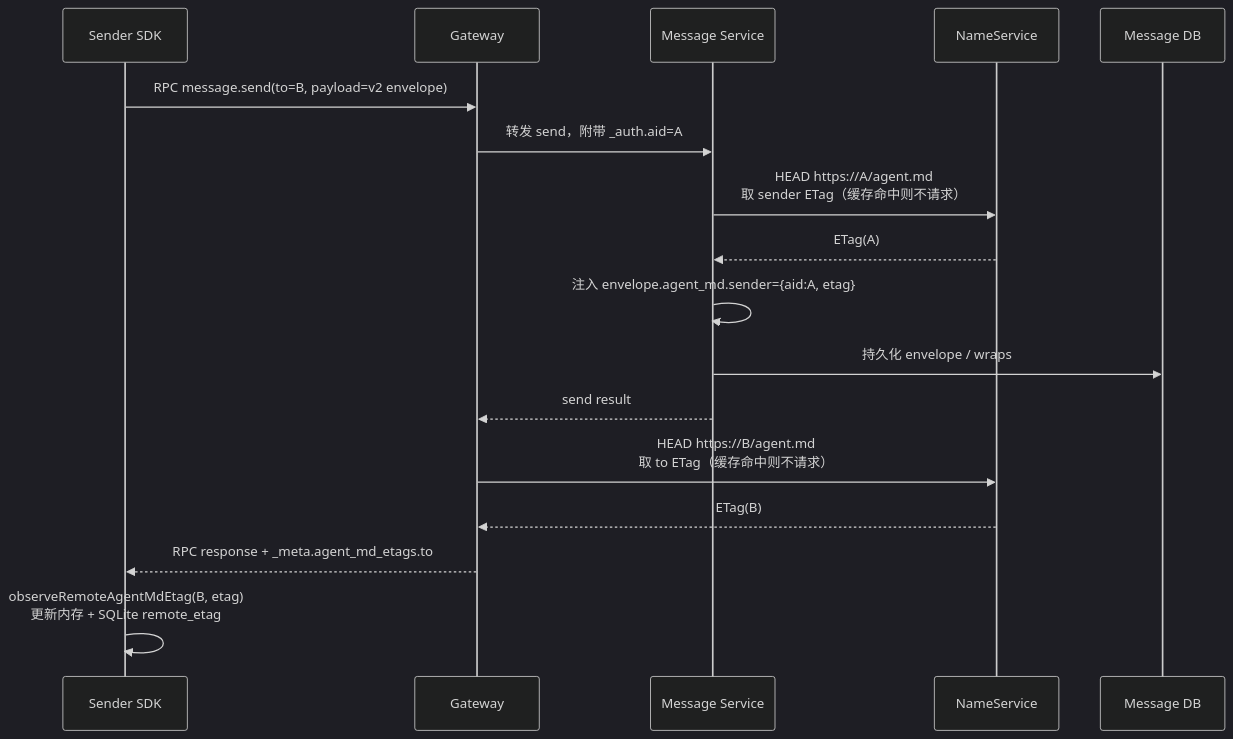
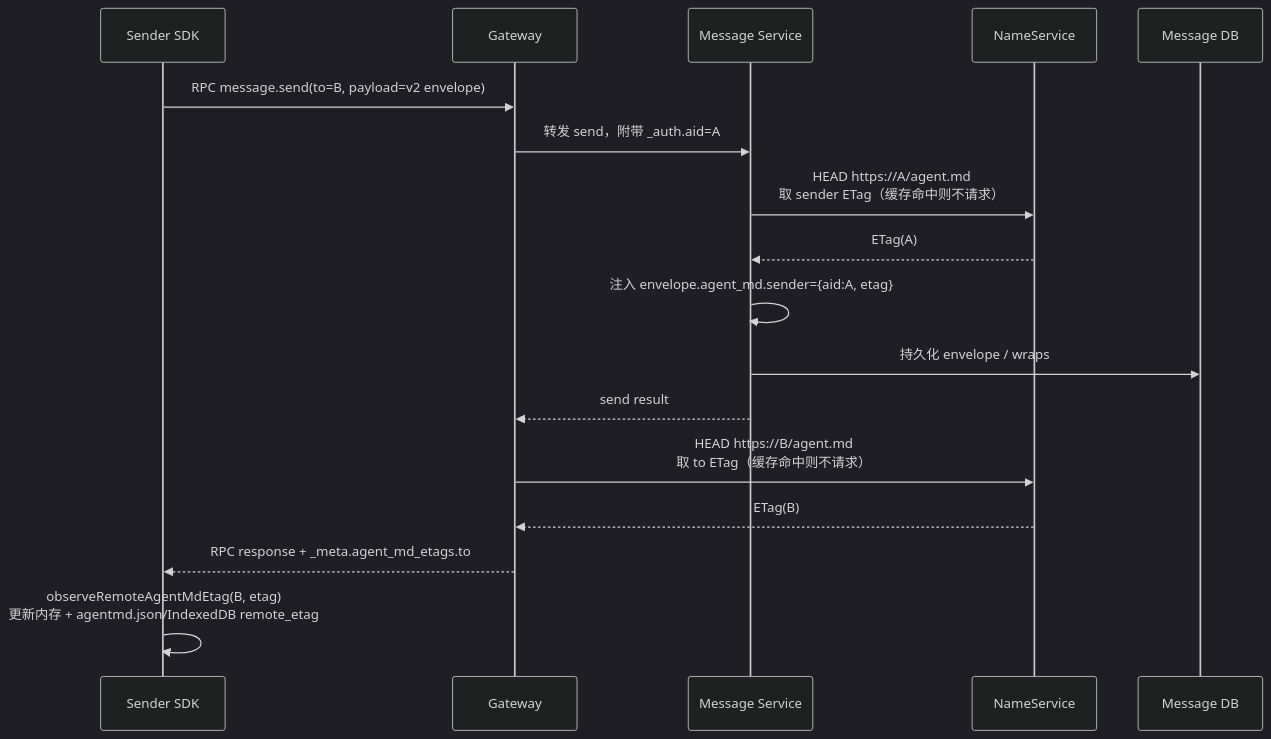
Before and after one commit to ModelUnion/aun-sdk-core: the first of 4 diagrams in docs/agent.md/远程agent.md缓存与etag透传方案.md, drawn with Mermaid (dark theme). The commit also changed other lines of this file and 158 other files, not shown here.

````diff
--- a/docs/agent.md/远程agent.md缓存与etag透传方案.md
+++ b/docs/agent.md/远程agent.md缓存与etag透传方案.md
@@ -92,20 +95,20 @@
 ```mermaid
 sequenceDiagram
     participant A as Sender SDK
     participant GW as Gateway
     participant MSG as Message Service
     participant NS as NameService
     participant DB as Message DB
 
     A->>GW: RPC message.send(to=B, payload=v2 envelope)
     GW->>MSG: 转发 send，附带 _auth.aid=A
     MSG->>NS: HEAD https://A/agent.md<br/>取 sender ETag（缓存命中则不请求）
     NS-->>MSG: ETag(A)
     MSG->>MSG: 注入 envelope.agent_md.sender={aid:A, etag}
     MSG->>DB: 持久化 envelope / wraps
     MSG-->>GW: send result
     GW->>NS: HEAD https://B/agent.md<br/>取 to ETag（缓存命中则不请求）
     NS-->>GW: ETag(B)
     GW-->>A: RPC response + _meta.agent_md_etags.to
-    A->>A: observeRemoteAgentMdEtag(B, etag)<br/>更新内存 + SQLite remote_etag
+    A->>A: observeRemoteAgentMdEtag(B, etag)<br/>更新内存 + agentmd.json/IndexedDB remote_etag
 ```
````
